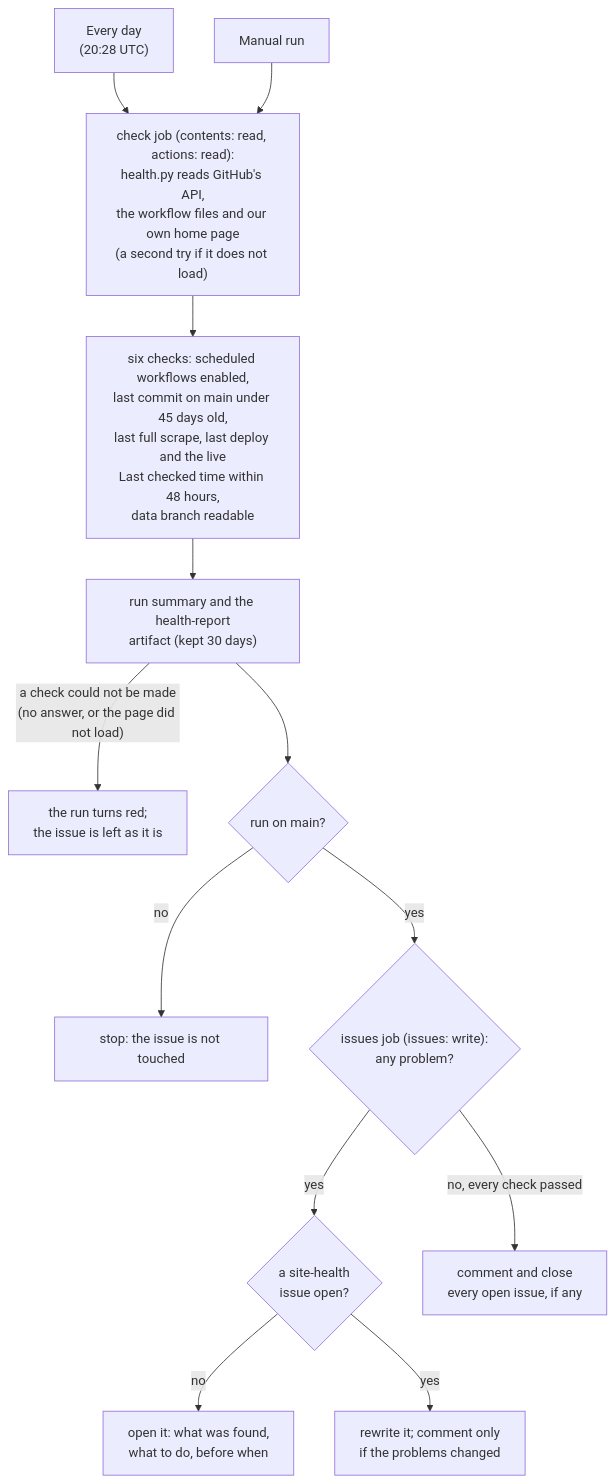
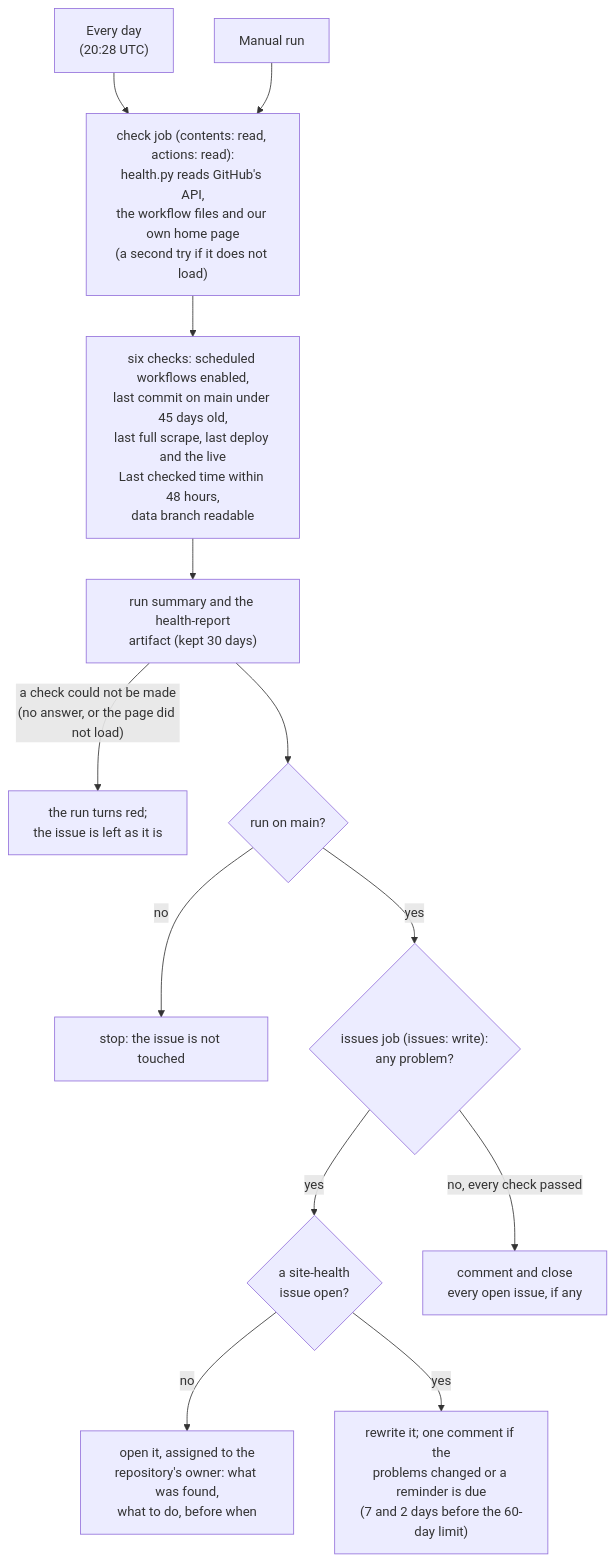
One commit to jacksonmote/DePauw-vs-Wabash-web changed the sixth of 6 diagrams in README.md. Above: the diagram before and after it, drawn with Mermaid. The commit also changed other lines of this file and 4 other files, not shown here.

First line of the commit message:
Health check: reminder comments before the 60-day limit, issue assigned to the owner

````diff
--- a/README.md
+++ b/README.md
@@ -548,15 +548,15 @@
 ```mermaid
 flowchart TD
   T1["Every day<br/>(20:28 UTC)"] --> C
   T2["Manual run"] --> C
   C["check job (contents: read, actions: read):<br/>health.py reads GitHub's API,<br/>the workflow files and our own home page<br/>(a second try if it does not load)"] --> K["six checks: scheduled workflows enabled,<br/>last commit on main under 45 days old,<br/>last full scrape, last deploy and the live<br/>Last checked time within 48 hours,<br/>data branch readable"]
   K --> R["run summary and the health-report<br/>artifact (kept 30 days)"]
   R -- "a check could not be made<br/>(no answer, or the page did not load)" --> RED["the run turns red;<br/>the issue is left as it is"]
   R --> M{"run on main?"}
   M -- "no" --> X["stop: the issue is not touched"]
   M -- "yes" --> Q{"issues job (issues: write):<br/>any problem?"}
   Q -- "yes" --> O{"a site-health<br/>issue open?"}
-  O -- "no" --> NEW["open it: what was found,<br/>what to do, before when"]
-  O -- "yes" --> UPD["rewrite it; comment only<br/>if the problems changed"]
+  O -- "no" --> NEW["open it, assigned to the<br/>repository's owner: what was found,<br/>what to do, before when"]
+  O -- "yes" --> UPD["rewrite it; one comment if the<br/>problems changed or a reminder is due<br/>(7 and 2 days before the 60-day limit)"]
   Q -- "no, every check passed" --> CL["comment and close<br/>every open issue, if any"]
 ```
````
